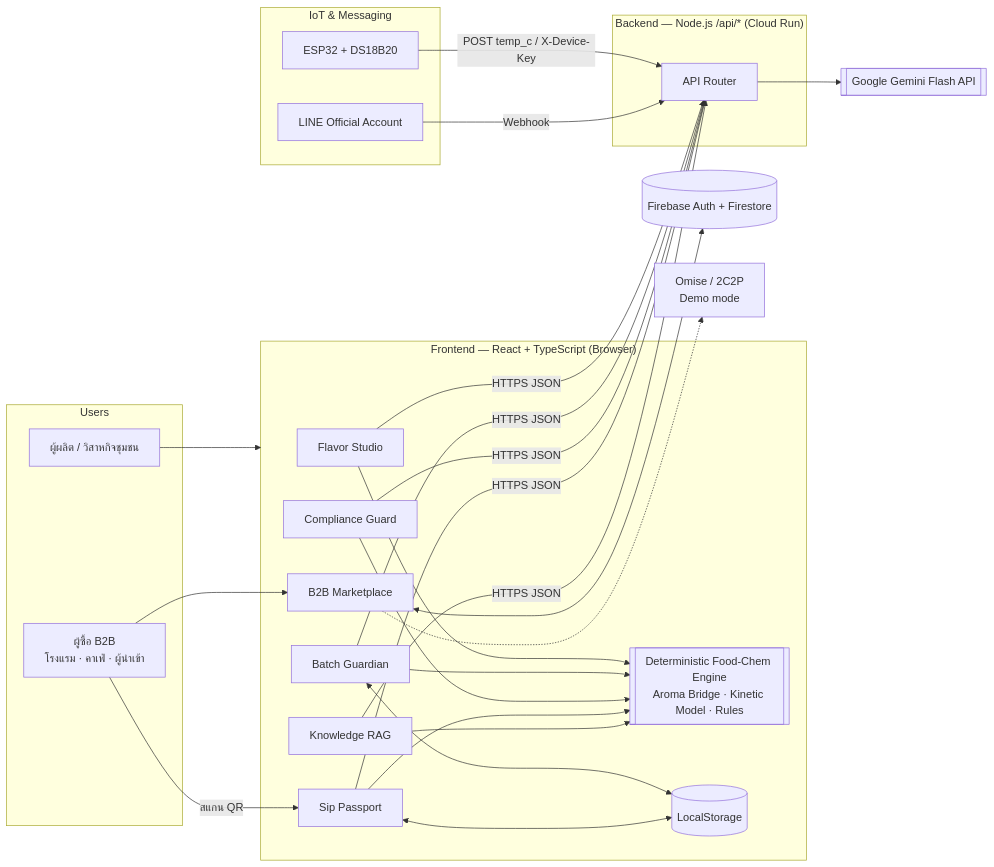
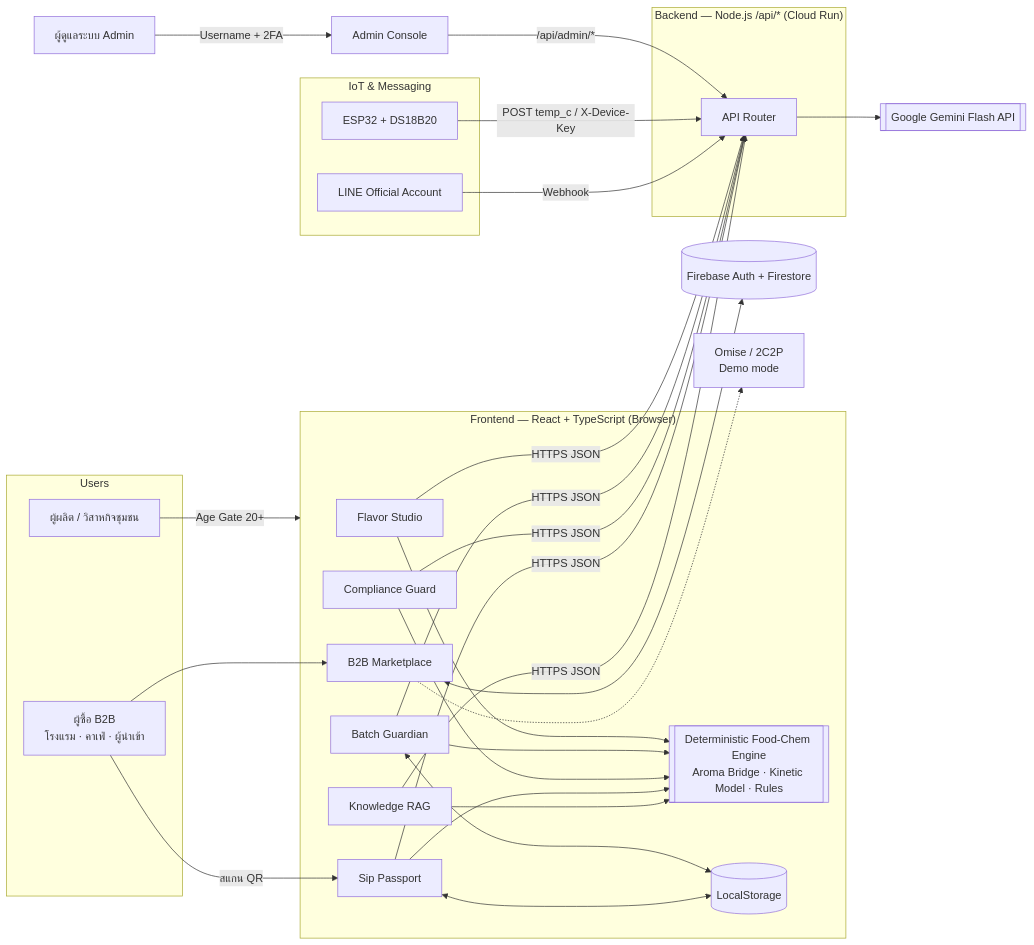
One commit to geheriswr-lab/next-sip changed the first of 2 diagrams in README.md. Above: the diagram before and after it, drawn with Mermaid. The commit also changed other lines of this file, not shown here.

First line of the commit message:
Enhance README with compliance and admin details

````diff
--- a/README.md
+++ b/README.md
@@ -173,44 +188,46 @@
 ```mermaid
 flowchart LR
     subgraph Users
         P[ผู้ผลิต / วิสาหกิจชุมชน]
         B[ผู้ซื้อ B2B<br/>โรงแรม · คาเฟ่ · ผู้นำเข้า]
     end
 
     subgraph Edge["IoT & Messaging"]
         E[ESP32 + DS18B20]
         L[LINE Official Account]
     end
 
     subgraph FE["Frontend — React + TypeScript (Browser)"]
         FS[Flavor Studio]
         BG[Batch Guardian]
         CG[Compliance Guard]
         SP[Sip Passport]
         MK[B2B Marketplace]
         KB[Knowledge RAG]
         ENG[[Deterministic Food-Chem Engine<br/>Aroma Bridge · Kinetic Model · Rules]]
         LS[(LocalStorage)]
     end
 
     subgraph BE["Backend — Node.js /api/* (Cloud Run)"]
         API[API Router]
     end
 
     G[[Google Gemini Flash API]]
     FB[(Firebase Auth + Firestore)]
     PAY[Omise / 2C2P<br/>Demo mode]
 
-    P --> FE
+    A[ผู้ดูแลระบบ Admin] -->|Username + 2FA| ADM[Admin Console]
+    ADM -->|/api/admin/*| API
+    P -->|Age Gate 20+| FE
     B --> MK
     B -->|สแกน QR| SP
     FS & BG & CG & SP & KB --> ENG
     FS & BG & CG & SP & KB -->|HTTPS JSON| API
     API --> G
     BG <--> LS
     SP <--> LS
     MK <--> FB
     MK -.-> PAY
     E -->|POST temp_c / X-Device-Key| API
     L -->|Webhook| API
 ```
````
